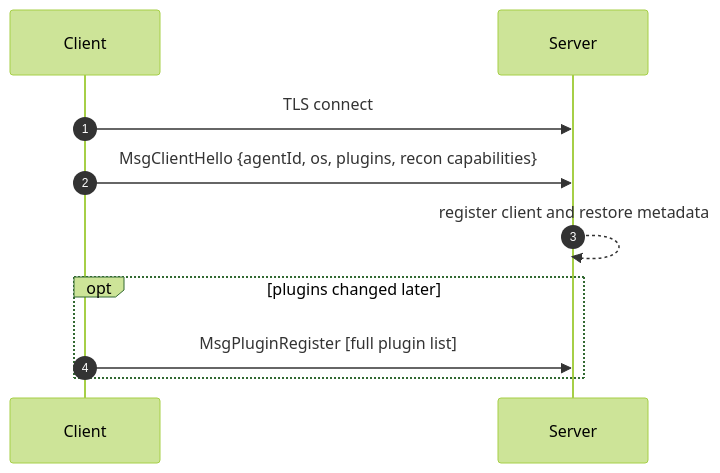
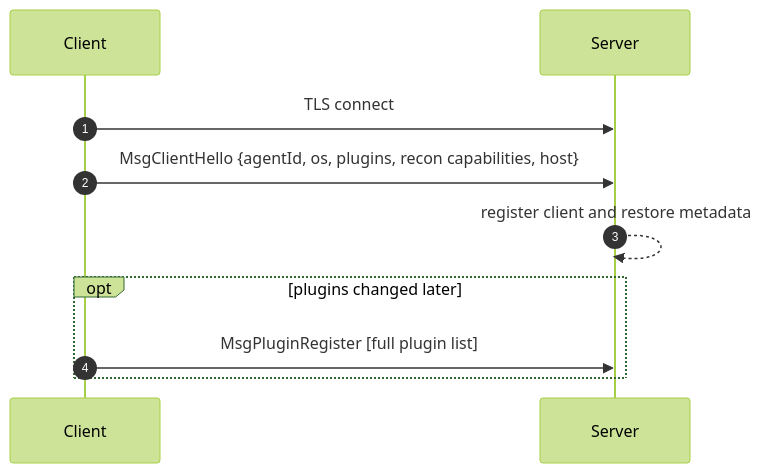
One commit to SignorMercurio/siren_docs changed the first of 6 diagrams in content/docs/(siren)/protocol.mdx. Above: the diagram before and after it, drawn with Mermaid (forest theme). The commit also changed other lines of this file and 4 other files, not shown here.

Commit message:
docs: describe stable client ids, host identity, and run_batch for v2.30.0

````diff
--- a/content/docs/(siren)/protocol.mdx
+++ b/content/docs/(siren)/protocol.mdx
@@ -114,12 +114,12 @@
 ```mermaid
 sequenceDiagram
     autonumber
     participant C as Client
     participant S as Server
     C->>S: TLS connect
-    C->>S: MsgClientHello {agentId, os, plugins, recon capabilities}
+    C->>S: MsgClientHello {agentId, os, plugins, recon capabilities, host}
     S-->>S: register client and restore metadata
     opt plugins changed later
         C->>S: MsgPluginRegister [full plugin list]
     end
 ```
````
